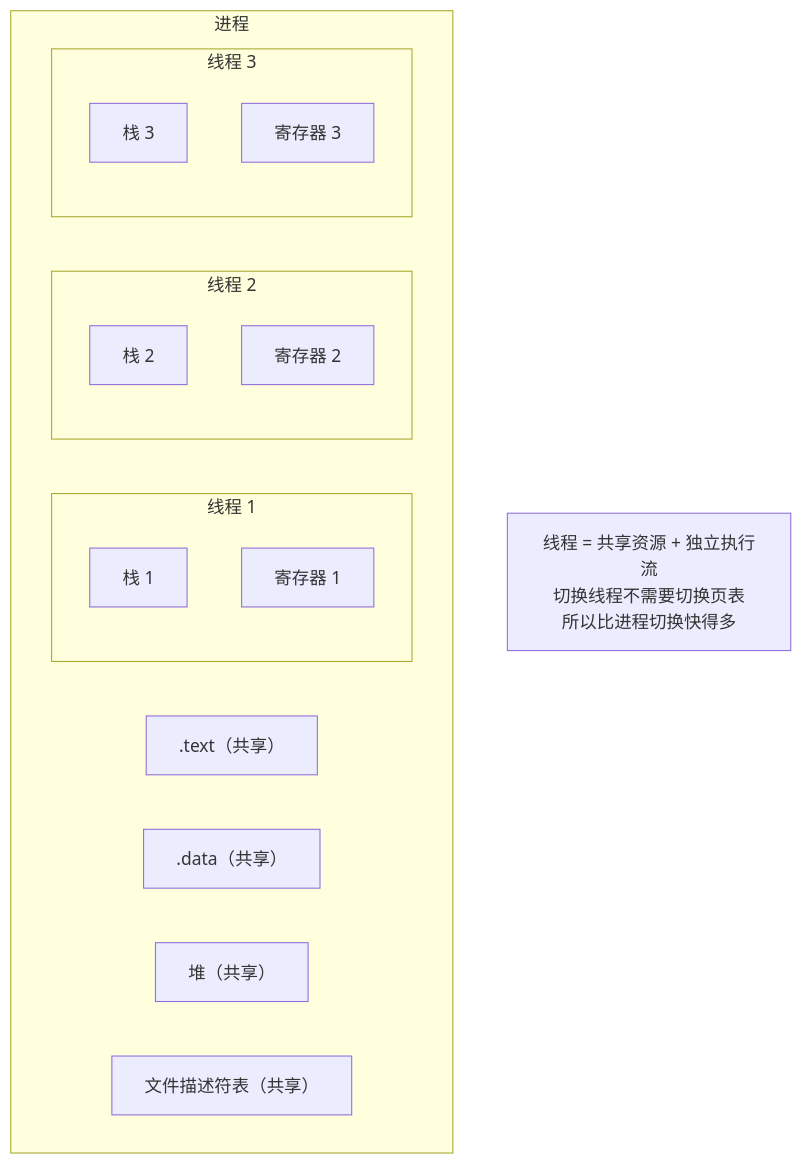
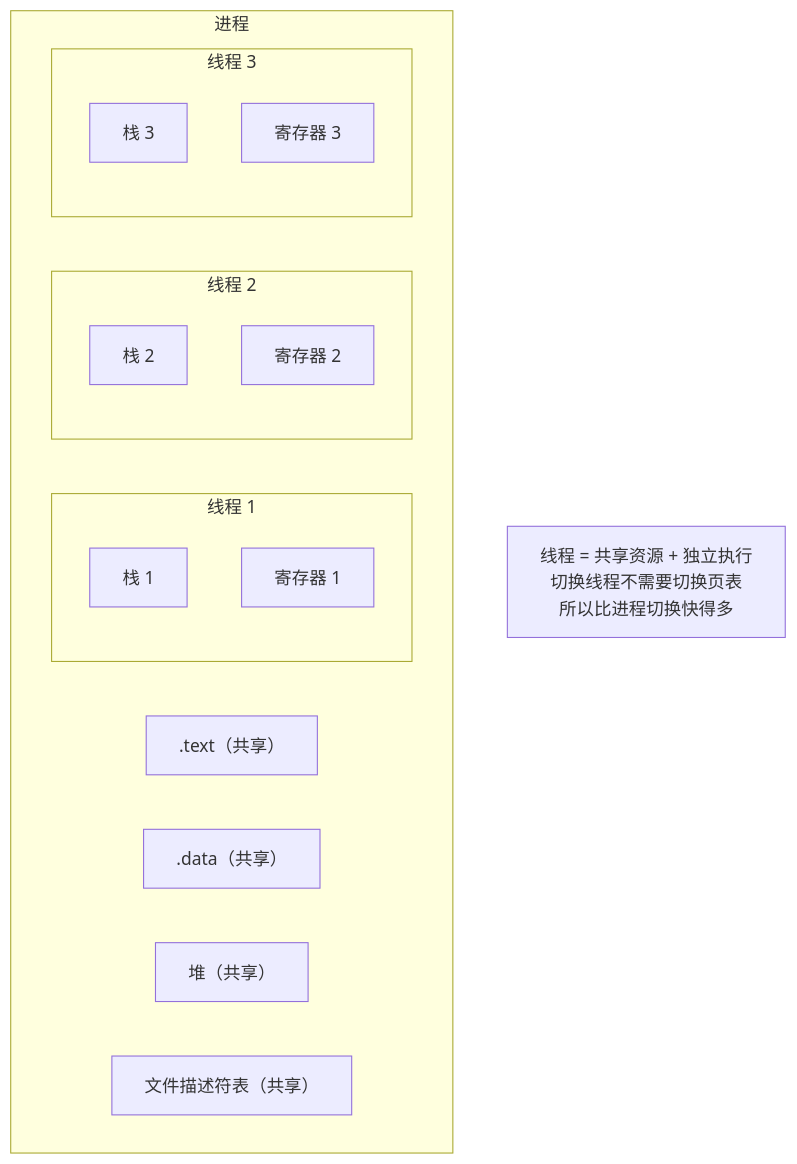
One commit to AHUCodingBeast/blogs changed the seventh of 8 diagrams in 操作系统/Process-Management-Notes.md. Above: the diagram before and after it, drawn with Mermaid. The commit also changed other lines of this file and 4 other files, not shown here.

````diff
--- a/操作系统/Process-Management-Notes.md
+++ b/操作系统/Process-Management-Notes.md
@@ -343,24 +360,24 @@
 ```mermaid
 graph TB
     subgraph Process["进程"]
         Code[".text（共享）"]
         Data[".data（共享）"]
         Heap["堆（共享）"]
         FD["文件描述符表（共享）"]
         
         subgraph Thread1["线程 1"]
             Stack1["栈 1"]
             Reg1["寄存器 1"]
         end
         subgraph Thread2["线程 2"]
             Stack2["栈 2"]
             Reg2["寄存器 2"]
         end
         subgraph Thread3["线程 3"]
             Stack3["栈 3"]
             Reg3["寄存器 3"]
         end
     end
 
-    Note["线程 = 共享资源 + 独立执行流<br/>切换线程不需要切换页表<br/>所以比进程切换快得多"]
+    Note["线程 = 共享资源 + 独立执行<br/>切换线程不需要切换页表<br/>所以比进程切换快得多"]
 ```
````
